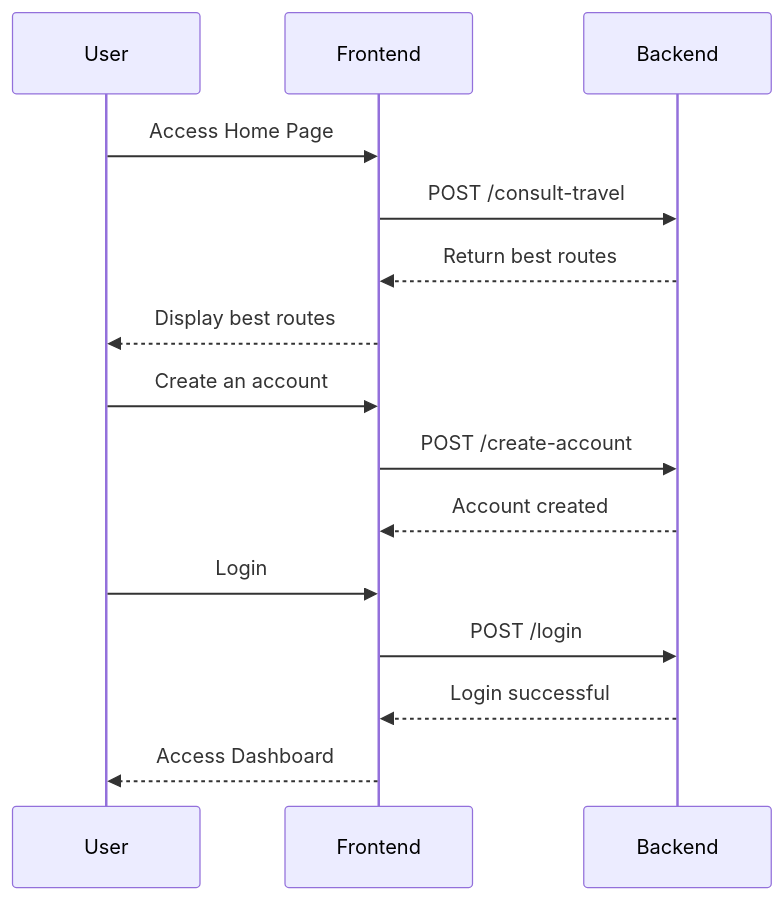
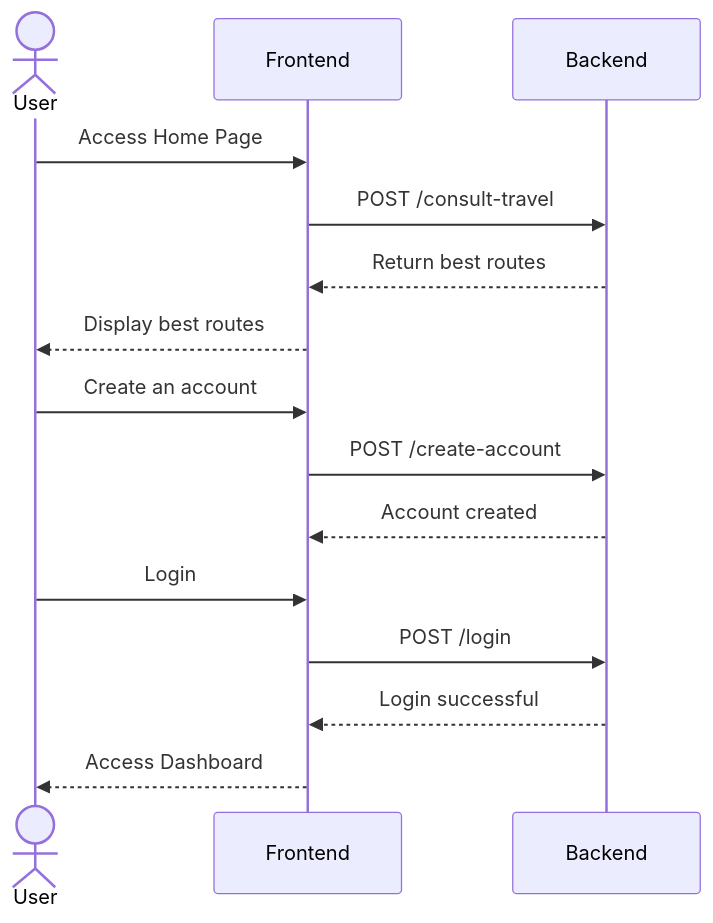
Before and after one commit to mascenaa/Air: the first of 2 diagrams in README.md, drawn with Mermaid. The commit also changed other lines of this file, not shown here.

Commit message:
Mudança de User de Participant para Actor sob instrução do professor Humberto

````diff
--- a/README.md
+++ b/README.md
@@ -28,18 +28,18 @@
 ```mermaid
 sequenceDiagram
-    Participant User as User
+    Actor User as User
     Participant Frontend as Frontend
     Participant Backend as Backend
 
     User->>Frontend: Access Home Page
     Frontend->>Backend: POST /consult-travel
     Backend-->>Frontend: Return best routes
     Frontend-->>User: Display best routes
     User->>Frontend: Create an account
     Frontend->>Backend: POST /create-account
     Backend-->>Frontend: Account created
     User->>Frontend: Login
     Frontend->>Backend: POST /login
     Backend-->>Frontend: Login successful
     Frontend-->>User: Access Dashboard
 ```
````
